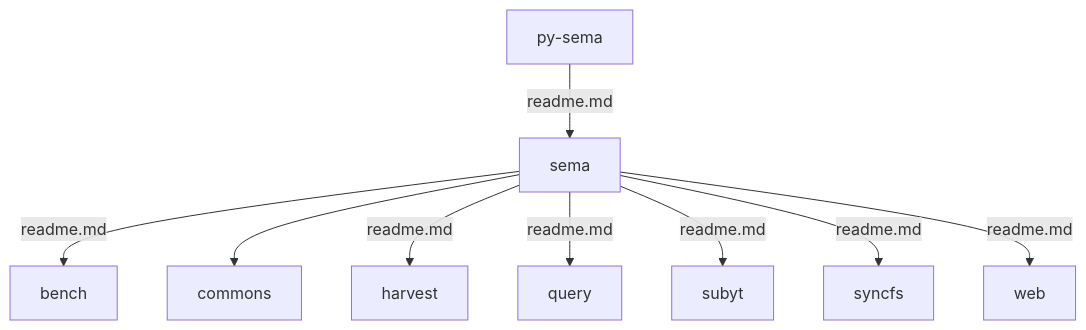
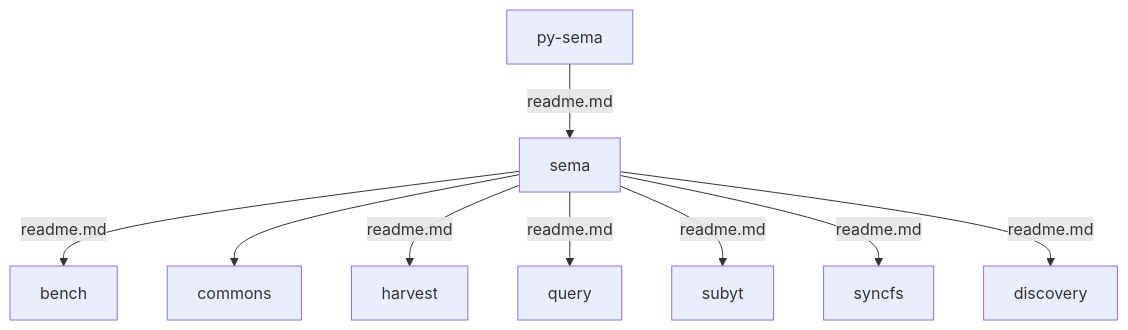
One commit to vliz-be-opsci/py-sema changed the first of 2 diagrams in README.md. Above: the diagram before and after it, drawn with Mermaid. The commit also changed 8 other files, not shown here.

````diff
--- a/README.md
+++ b/README.md
@@ -11,18 +11,18 @@
 ```mermaid
 graph TD
     py-sema --> | readme.md | sema
     click sema "https://github.com/vliz-be-opsci/py-sema/blob/main/sema/README.md"
     sema --> | readme.md | bench
     click bench "https://github.com/vliz-be-opsci/py-sema/blob/main/sema/bench/README.md"
     sema --> commons
     sema --> | readme.md | harvest
     click harvest "https://github.com/vliz-be-opsci/py-sema/blob/main/sema/harvest/README.md"
     sema --> | readme.md | query
     click query "https://github.com/vliz-be-opsci/py-sema/blob/main/sema/query/README.md"
     sema --> | readme.md | subyt
     click subyt "https://github.com/vliz-be-opsci/py-sema/blob/main/sema/subyt/README.md"
     sema --> | readme.md | syncfs
     click syncfs "https://github.com/vliz-be-opsci/py-sema/blob/main/sema/syncfs/README.md"
-    sema --> | readme.md | web
-    click web "https://github.com/vliz-be-opsci/py-sema/blob/main/sema/web/README.md"
+    sema --> | readme.md | discovery
+    click discovery "https://github.com/vliz-be-opsci/py-sema/blob/main/sema/discovery/README.md"
 ```
````
